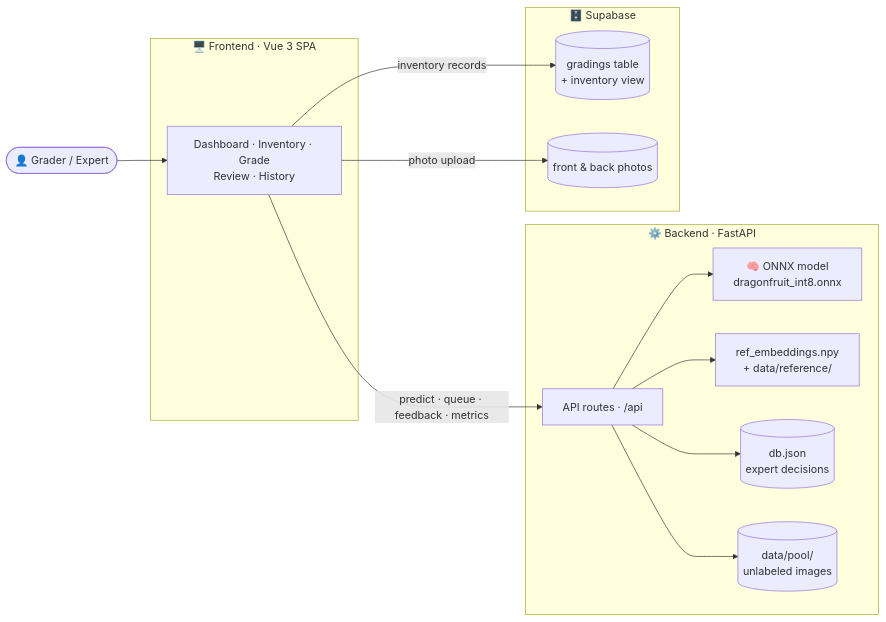
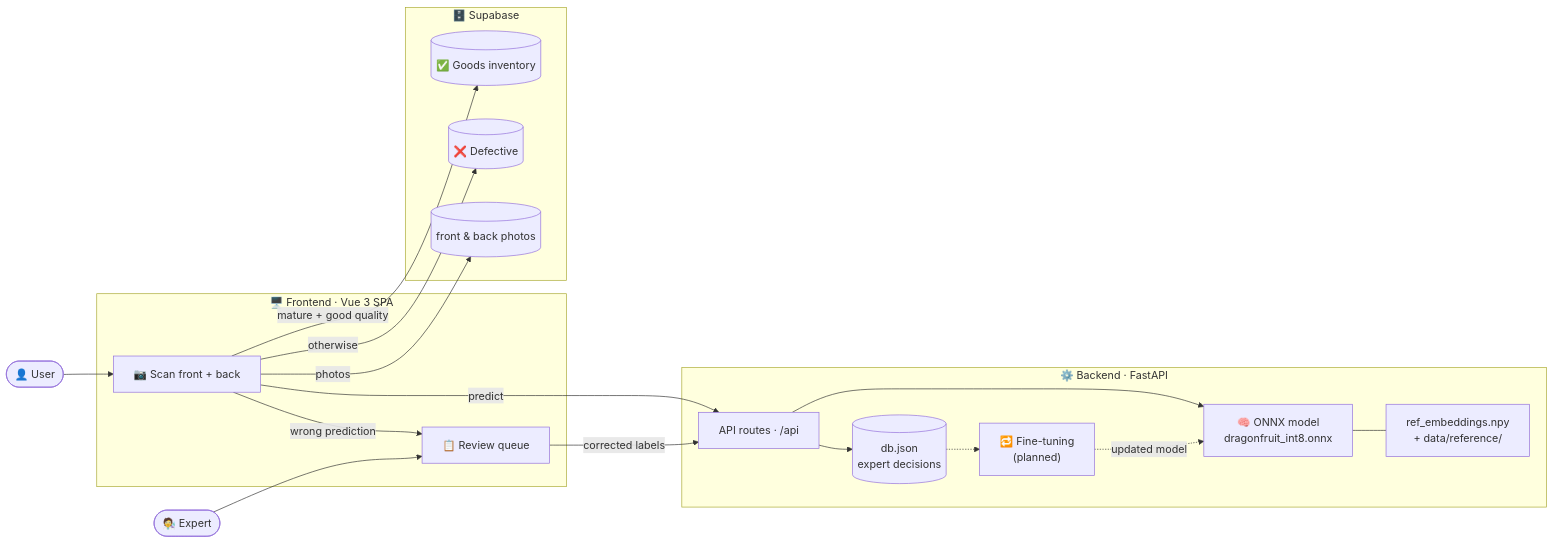
Before and after one commit to nikopolistico/MSIT-THESIS: the first of 4 diagrams in README.md, drawn with Mermaid. The commit also changed other lines of this file, not shown here.

````diff
--- a/README.md
+++ b/README.md
@@ -59,30 +60,38 @@
 ```mermaid
 flowchart LR
-    user(["👤 Grader / Expert"])
+    user(["👤 User"])
+    expert(["🧑‍🔬 Expert"])
 
     subgraph FE["🖥️ Frontend · Vue 3 SPA"]
-        pages["Dashboard · Inventory · Grade<br/>Review · History"]
+        scan["📷 Scan front + back"]
+        review["📋 Review queue"]
     end
 
     subgraph BE["⚙️ Backend · FastAPI"]
         api["API routes · /api"]
         model["🧠 ONNX model<br/>dragonfruit_int8.onnx"]
         refs["ref_embeddings.npy<br/>+ data/reference/"]
         db[("db.json<br/>expert decisions")]
-        pool[("data/pool/<br/>unlabeled images")]
+        ft["🔁 Fine-tuning<br/>(planned)"]
     end
 
     subgraph SB["🗄️ Supabase"]
-        grad[("gradings table<br/>+ inventory view")]
+        goods[("✅ Goods inventory")]
+        defective[("❌ Defective")]
         photos[("front & back photos")]
     end
 
-    user --> pages
-    pages -- "predict · queue · feedback · metrics" --> api
-    pages -- "inventory records" --> grad
-    pages -- "photo upload" --> photos
+    user --> scan
+    scan -- "predict" --> api
     api --> model
-    api --> refs
+    model --- refs
+    scan -- "mature + good quality" --> goods
+    scan -- "otherwise" --> defective
+    scan -- "photos" --> photos
+    scan -- "wrong prediction" --> review
+    expert --> review
+    review -- "corrected labels" --> api
     api --> db
-    api --> pool
+    db -.-> ft
+    ft -. "updated model" .-> model
 ```
````
